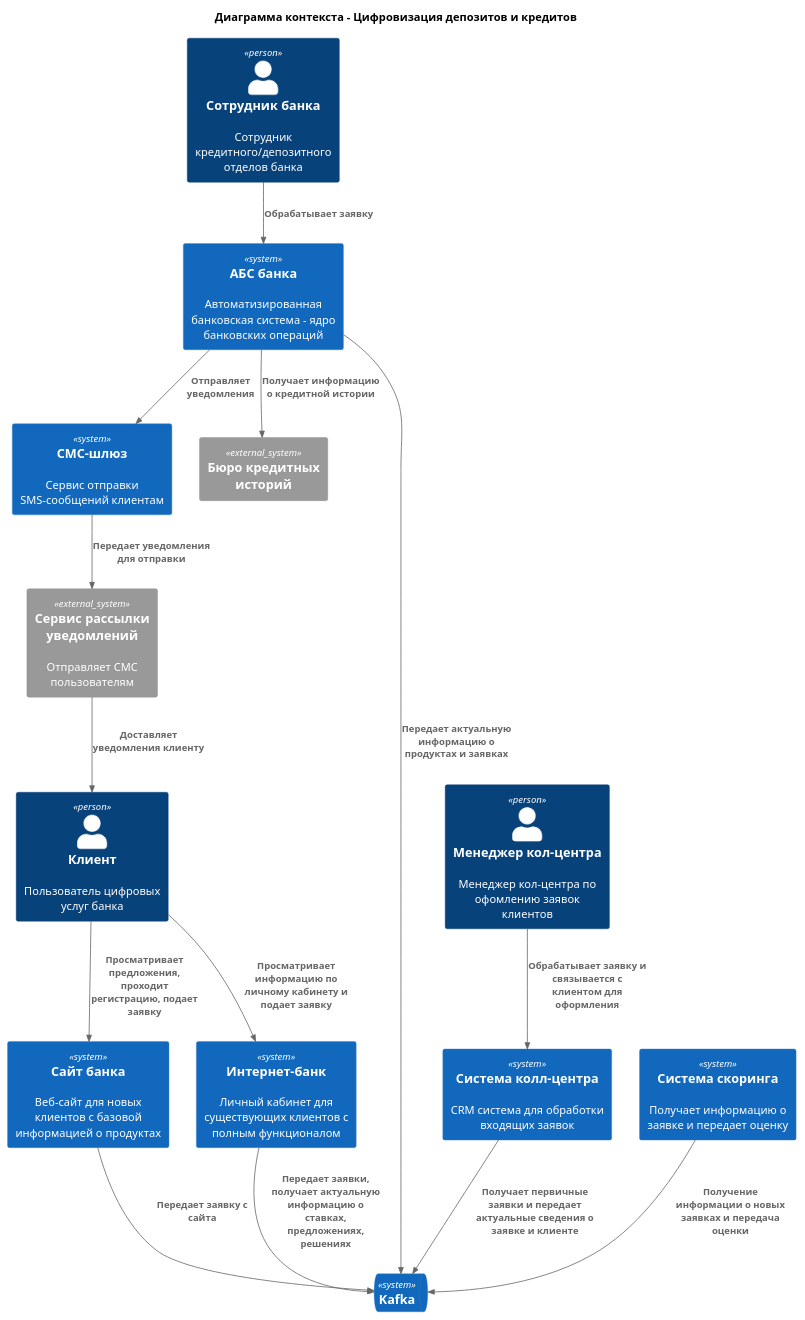
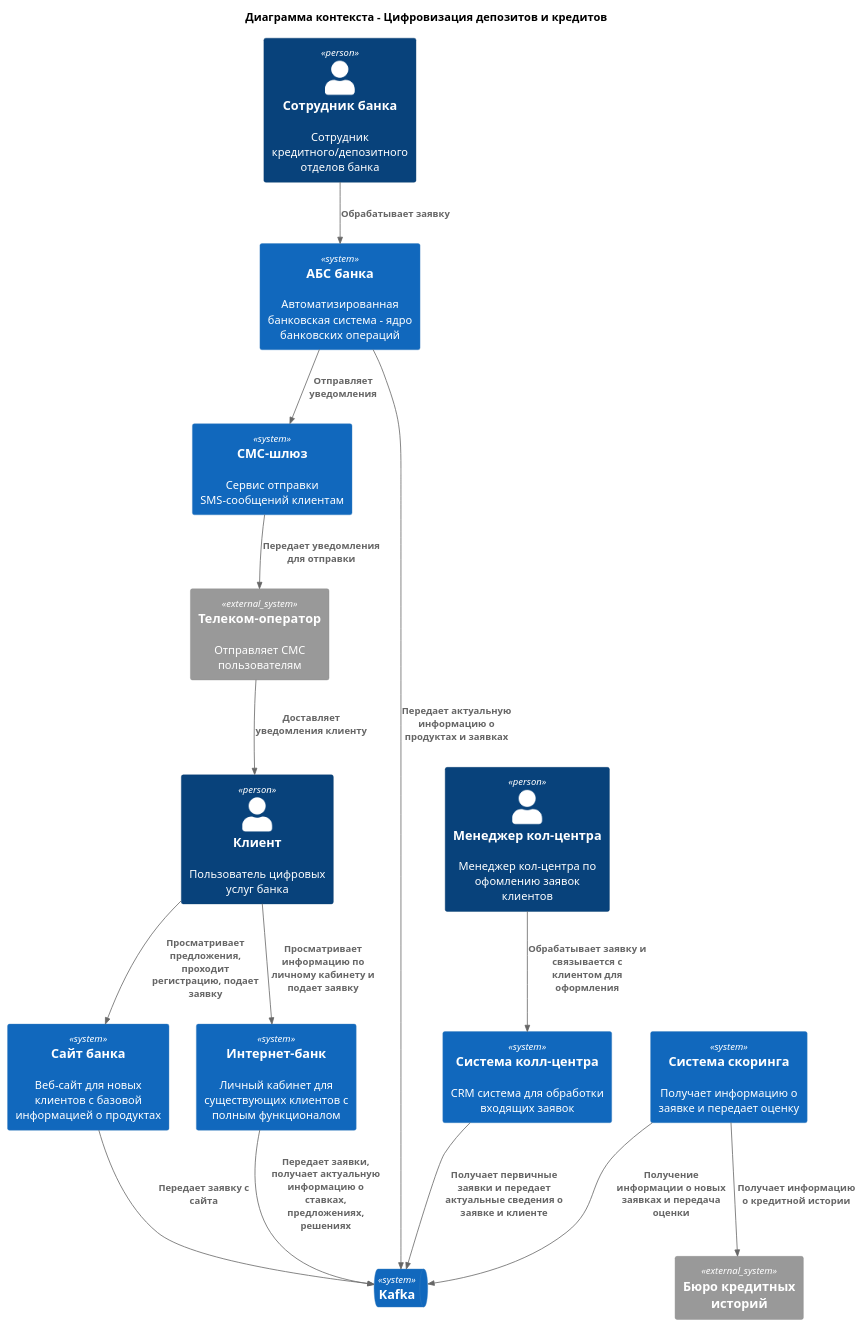
Before and after one commit to xSparKIx/architecture-pro-standart: the diagram in Task3/diagrams/Context.puml, drawn with PlantUML. The commit also changed 4 other files, not shown here.

```diff
--- a/Task3/diagrams/Context.puml
+++ b/Task3/diagrams/Context.puml
@@ -1,44 +1,44 @@
 @startuml context_diagram
 
 !include ../templates/C4_Context.puml
-
+' @todo Убрать от сюда кредиты и оставить только депозиты
 title Диаграмма контекста - Цифровизация депозитов и кредитов
 
 Person(client, "Клиент", "Пользователь цифровых услуг банка")
 Person(manager, "Сотрудник банка", "Сотрудник кредитного/депозитного отделов банка")
 Person(CallManager, "Менеджер кол-центра", "Менеджер кол-центра по офомлению заявок клиентов")
 
 System(site, "Сайт банка", "Веб-сайт для новых клиентов с базовой информацией о продуктах")
 System(InternetBank, "Интернет-банк", "Личный кабинет для существующих клиентов с полным функционалом")
 System(abc, "АБС банка", "Автоматизированная банковская система - ядро банковских операций")
 System(CallCenter, "Система колл-центра", "CRM система для обработки входящих заявок")
 System(SMSGateway, "СМС-шлюз", "Сервис отправки SMS-сообщений клиентам")
-System_Ext(SMSService, "Сервис рассылки уведомлений", "Отправляет СМС пользователям")
+System_Ext(SMSService, "Телеком-оператор", "Отправляет СМС пользователям")
 System_Ext(KreditHistorySystem, "Бюро кредитных историй")
 System(ScoringSystem, "Система скоринга", "Получает информацию о заявке и передает оценку")
 
 SystemQueue(broker, "Kafka")
 
 ' Связи клиента
 Rel(client, site, "Просматривает предложения, проходит регистрацию, подает заявку")
 Rel(client, InternetBank, "Просматривает информацию по личному кабинету и подает заявку")
 Rel(SMSService, client, "Доставляет уведомления клиенту")
 
 ' Связи кол-центра
 Rel(site, broker, "Передает заявку с сайта")
 Rel(CallManager, CallCenter, "Обрабатывает заявку и связывается с клиентом для оформления")
 Rel(CallCenter, broker, "Получает первичные заявки и передает актуальные сведения о заявке и клиенте")
 
 ' Связи АБС
 Rel(manager, abc, "Обрабатывает заявку")
 Rel(abc, SMSGateway, "Отправляет уведомления")
-Rel(abc, KreditHistorySystem, "Получает информацию о кредитной истории")
+Rel(abc, broker, "Передает актуальную информацию о продуктах и заявках")
 
 ' Связи интернет-банка
 Rel(InternetBank, broker, "Передает заявки, получает актуальную информацию о ставках, предложениях, решениях")
 
 Rel(SMSGateway, SMSService, "Передает уведомления для отправки")
 Rel(ScoringSystem, broker, "Получение информации о новых заявках и передача оценки")
-Rel(abc, broker, "Передает актуальную информацию о продуктах и заявках")
+Rel(ScoringSystem, KreditHistorySystem, "Получает информацию о кредитной истории")
 
 @enduml
```
